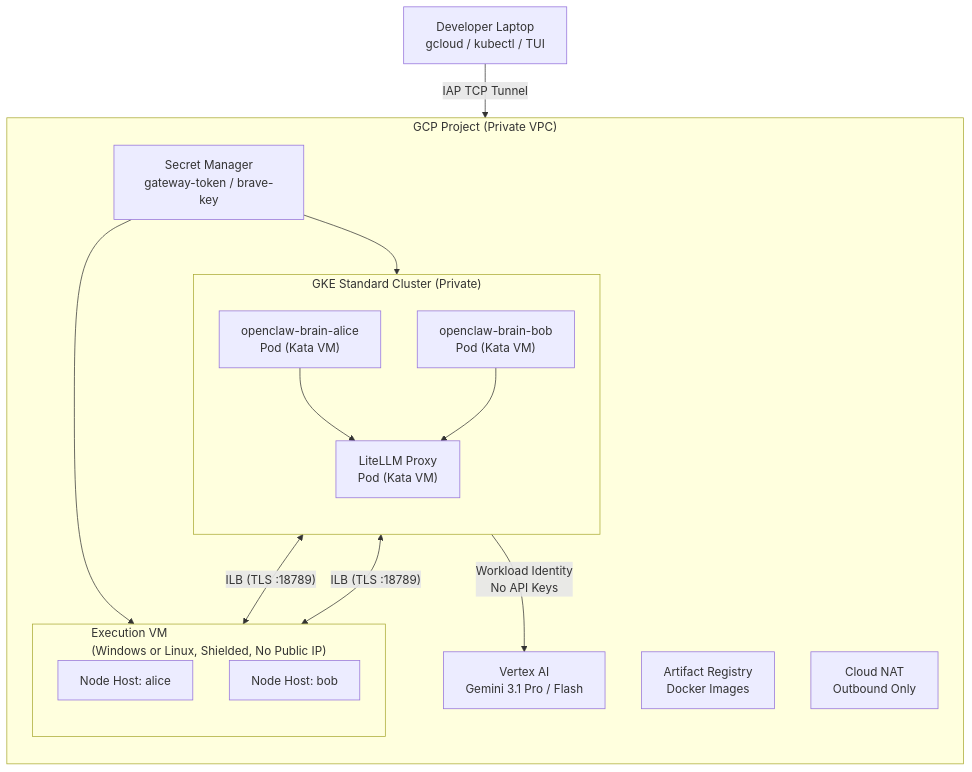
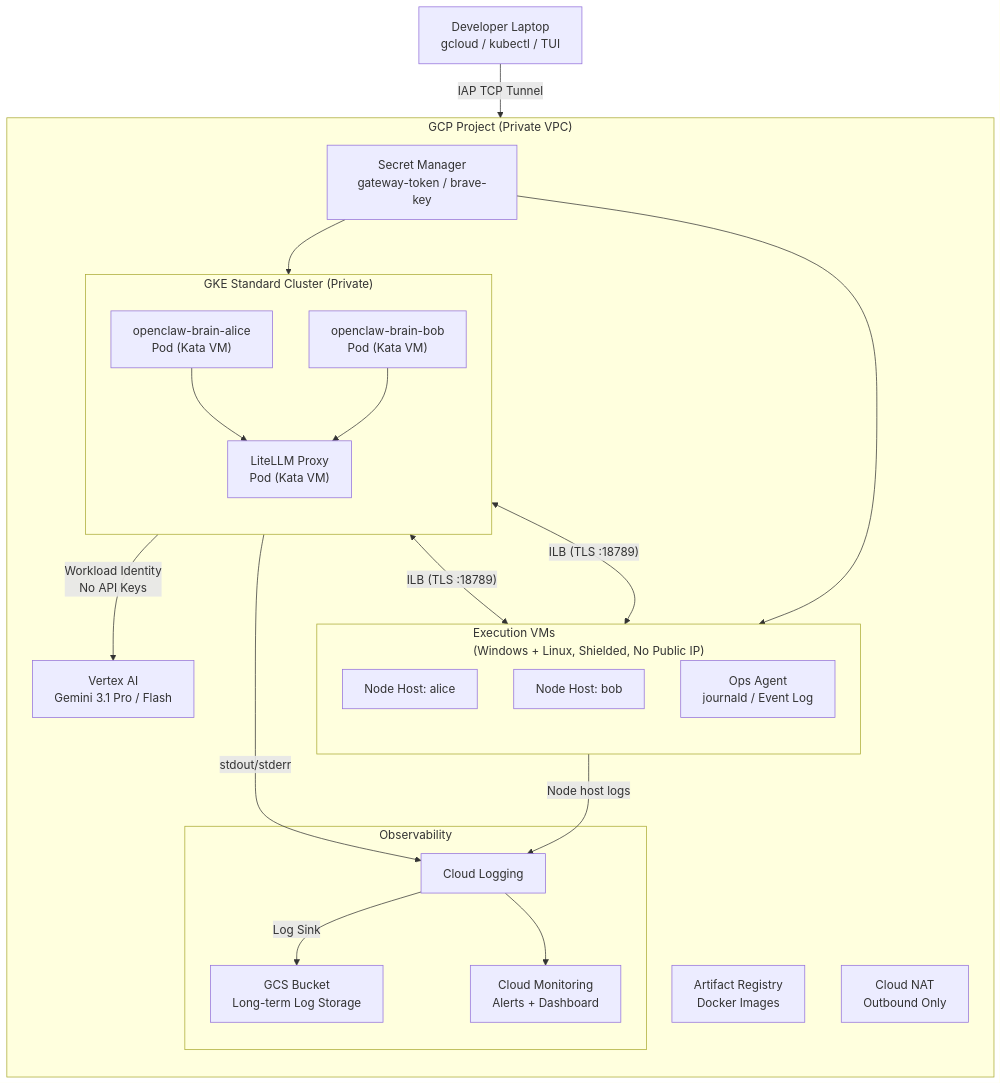
The second of 4 diagrams in README.md (zken-cloud/openclaw-gke), drawn with Mermaid before and after one commit. The commit also changed other lines of this file, not shown here.

First line of the commit message:
Document observability stack in README with architecture diagrams

````diff
--- a/README.md
+++ b/README.md
@@ -55,36 +69,47 @@
 ```mermaid
 graph TD
     DEV["Developer Laptop<br/>gcloud / kubectl / TUI"]
     DEV -->|IAP TCP Tunnel| GCP
 
     subgraph GCP["GCP Project (Private VPC)"]
         direction TB
 
         subgraph GKE["GKE Standard Cluster (Private)"]
             direction TB
             ALICE_POD["openclaw-brain-alice<br/>Pod (Kata VM)"]
             BOB_POD["openclaw-brain-bob<br/>Pod (Kata VM)"]
             LITELLM["LiteLLM Proxy<br/>Pod (Kata VM)"]
             ALICE_POD --> LITELLM
             BOB_POD --> LITELLM
         end
 
-        subgraph VM["Execution VM<br/>(Windows or Linux, Shielded, No Public IP)"]
+        subgraph VM["Execution VMs<br/>(Windows + Linux, Shielded, No Public IP)"]
             direction TB
             NH_ALICE["Node Host: alice"]
             NH_BOB["Node Host: bob"]
+            OPS_AGENT["Ops Agent<br/>journald / Event Log"]
         end
 
         SM["Secret Manager<br/>gateway-token / brave-key"]
         AR["Artifact Registry<br/>Docker Images"]
         NAT["Cloud NAT<br/>Outbound Only"]
         VERTEX["Vertex AI<br/>Gemini 3.1 Pro / Flash"]
 
+        subgraph OBS["Observability"]
+            CL["Cloud Logging"]
+            CM["Cloud Monitoring<br/>Alerts + Dashboard"]
+            GCS["GCS Bucket<br/>Long-term Log Storage"]
+        end
+
         SM --> GKE
         SM --> VM
         LITELLM -->|Workload Identity<br/>No API Keys| VERTEX
+        GKE -->|stdout/stderr| CL
+        OPS_AGENT -->|Node host logs| CL
+        CL -->|Log Sink| GCS
+        CL --> CM
     end
 
     ALICE_POD <-->|"ILB (TLS :18789)"| NH_ALICE
     BOB_POD <-->|"ILB (TLS :18789)"| NH_BOB
 ```
````
